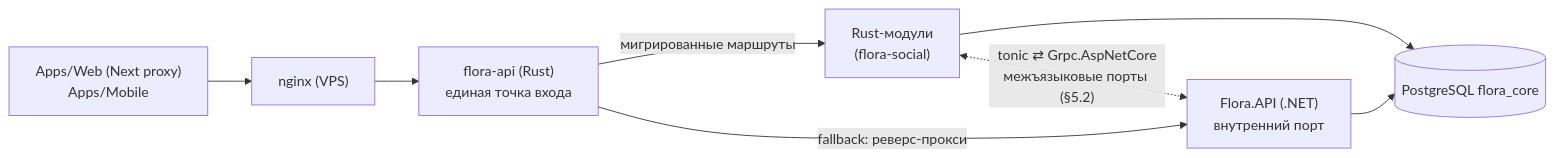
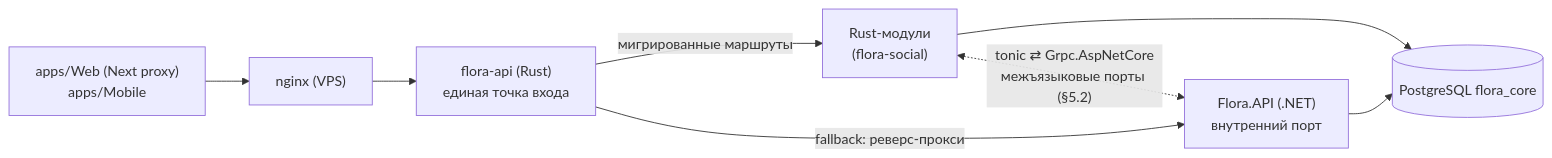
Before and after one commit to effka11/Flora.Ecosystem: the diagram in next-architecture.md, drawn with Mermaid. The commit also changed other lines of this file and 2461 other files, not shown here.

````diff
--- a/next-architecture.md
+++ b/next-architecture.md
@@ -200,10 +200,10 @@
 ```mermaid
 flowchart LR
-    Clients["Apps/Web (Next proxy)<br/>Apps/Mobile"] --> Nginx["nginx (VPS)"]
+    Clients["apps/Web (Next proxy)<br/>apps/Mobile"] --> Nginx["nginx (VPS)"]
     Nginx --> Gate["flora-api (Rust)<br/>единая точка входа"]
     Gate -->|"мигрированные маршруты"| RustMods["Rust-модули<br/>(flora-social)"]
     Gate -->|"fallback: реверс-прокси"| DotNet["Flora.API (.NET)<br/>внутренний порт"]
     RustMods --> Db[("PostgreSQL flora_core")]
     DotNet --> Db
     RustMods <-.->|"tonic ⇄ Grpc.AspNetCore<br/>межъязыковые порты (§5.2)"| DotNet
 ```
````
